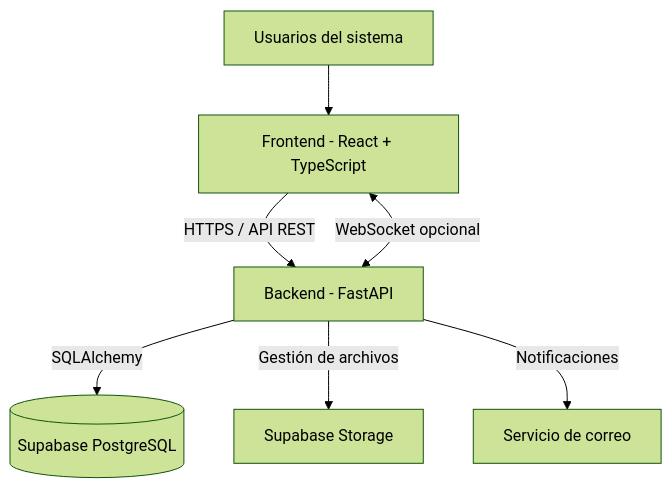
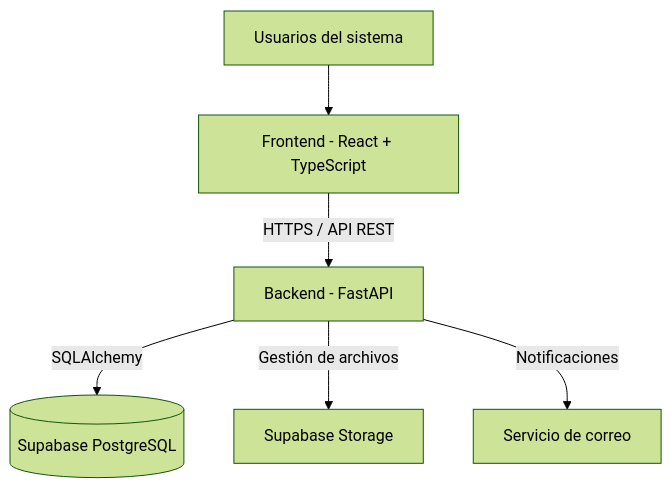
Before and after one commit to santifc37/SoporteTI: the first of 2 diagrams in docs/diseno.md, drawn with Mermaid (forest theme). The commit also changed other lines of this file and 1 other file, not shown here.

````diff
--- a/docs/diseno.md
+++ b/docs/diseno.md
@@ -43,16 +43,15 @@
 ```mermaid
 flowchart TD
     U["Usuarios del sistema"]
     F["Frontend - React + TypeScript"]
     A["Backend - FastAPI"]
     D[("Supabase PostgreSQL")]
     S["Supabase Storage"]
     E["Servicio de correo"]
 
     U --> F
     F -->|"HTTPS / API REST"| A
-    F <-->|"WebSocket opcional"| A
     A -->|"SQLAlchemy"| D
     A -->|"Gestión de archivos"| S
     A -->|"Notificaciones"| E
 ```
````
